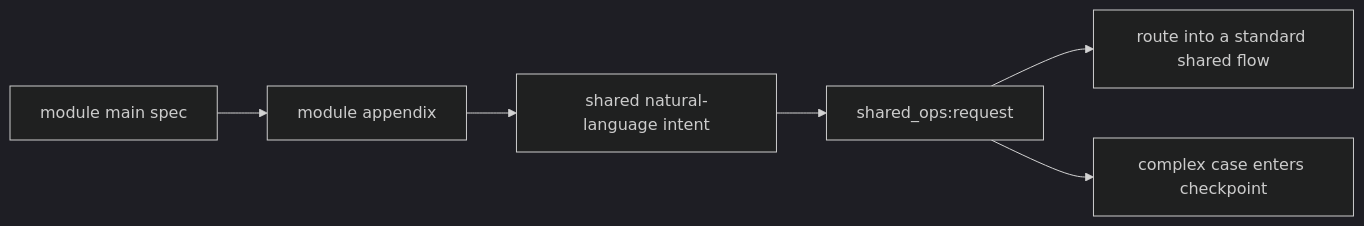
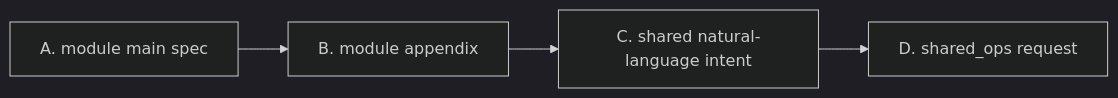
The sixth of 7 diagrams in README.md (mfblog/specflow), drawn with Mermaid (dark theme) before and after one commit. The commit also changed other lines of this file and 1 other file, not shown here.

````diff
--- a/README.md
+++ b/README.md
@@ -565,8 +465,6 @@
 ```mermaid
 flowchart LR
-    A["module main spec"] --> B["module appendix"]
-    B --> C["shared natural-language intent"]
-    C --> D["shared_ops:request"]
-    D --> E["route into a standard shared flow"]
-    D --> F["complex case enters checkpoint"]
+    A["A. module main spec"] --> B["B. module appendix"]
+    B --> C["C. shared natural-language intent"]
+    C --> D["D. shared_ops request"]
 ```
````
